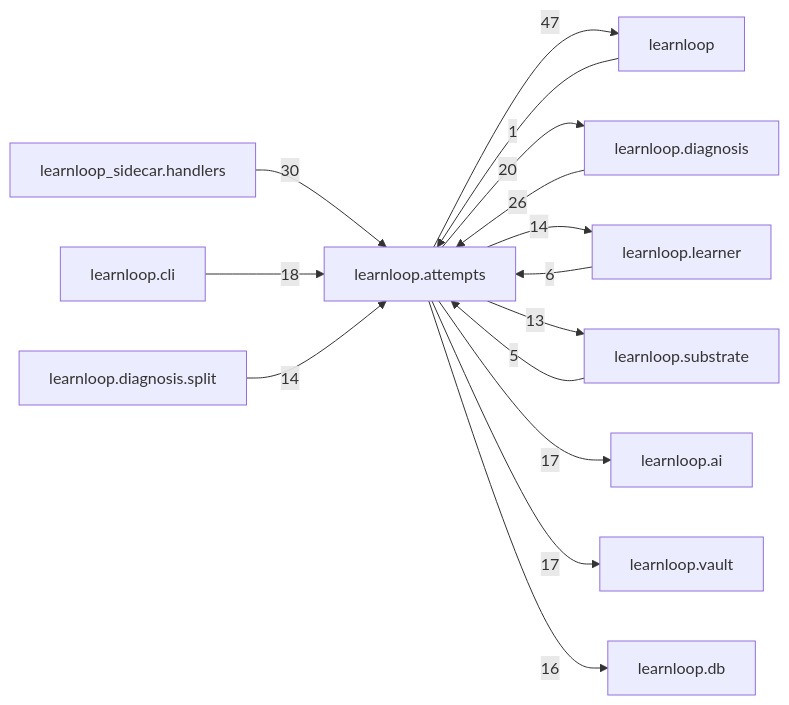
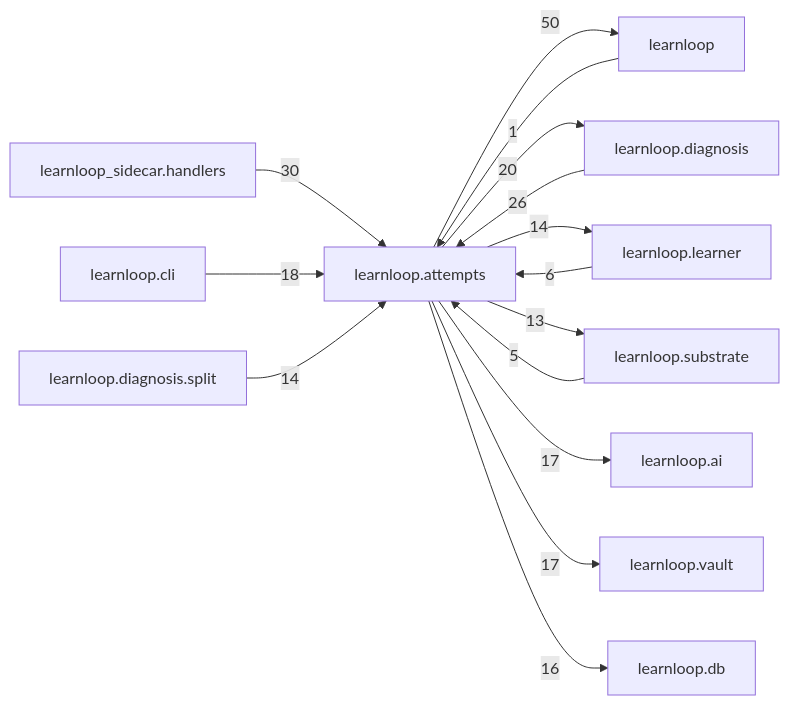
Before and after one commit to 6up-b/learnanything: the diagram in docs/learnloop-architecture-vault/Reference/Modules/learnloop/attempts/_package.md, drawn with Mermaid. The commit also changed other lines of this file and 55 other files, not shown here.

````diff
--- a/docs/learnloop-architecture-vault/Reference/Modules/learnloop/attempts/_package.md
+++ b/docs/learnloop-architecture-vault/Reference/Modules/learnloop/attempts/_package.md
@@ -167,28 +169,28 @@
 ```mermaid
 flowchart LR
     center["learnloop.attempts"]
     n_learnloop["learnloop"]
     n_learnloop_diagnosis["learnloop.diagnosis"]
     n_learnloop_sidecar_handlers["learnloop_sidecar.handlers"]
     n_learnloop_learner["learnloop.learner"]
     n_learnloop_cli["learnloop.cli"]
     n_learnloop_substrate["learnloop.substrate"]
     n_learnloop_ai["learnloop.ai"]
     n_learnloop_vault["learnloop.vault"]
     n_learnloop_db["learnloop.db"]
     n_learnloop_diagnosis_split["learnloop.diagnosis.split"]
     n_learnloop -->|1| center
-    center -->|47| n_learnloop
+    center -->|50| n_learnloop
     n_learnloop_diagnosis -->|26| center
     center -->|20| n_learnloop_diagnosis
     n_learnloop_sidecar_handlers -->|30| center
     n_learnloop_learner -->|6| center
     center -->|14| n_learnloop_learner
     n_learnloop_cli -->|18| center
     n_learnloop_substrate -->|5| center
     center -->|13| n_learnloop_substrate
     center -->|17| n_learnloop_ai
     center -->|17| n_learnloop_vault
     center -->|16| n_learnloop_db
     n_learnloop_diagnosis_split -->|14| center
 ```
````
